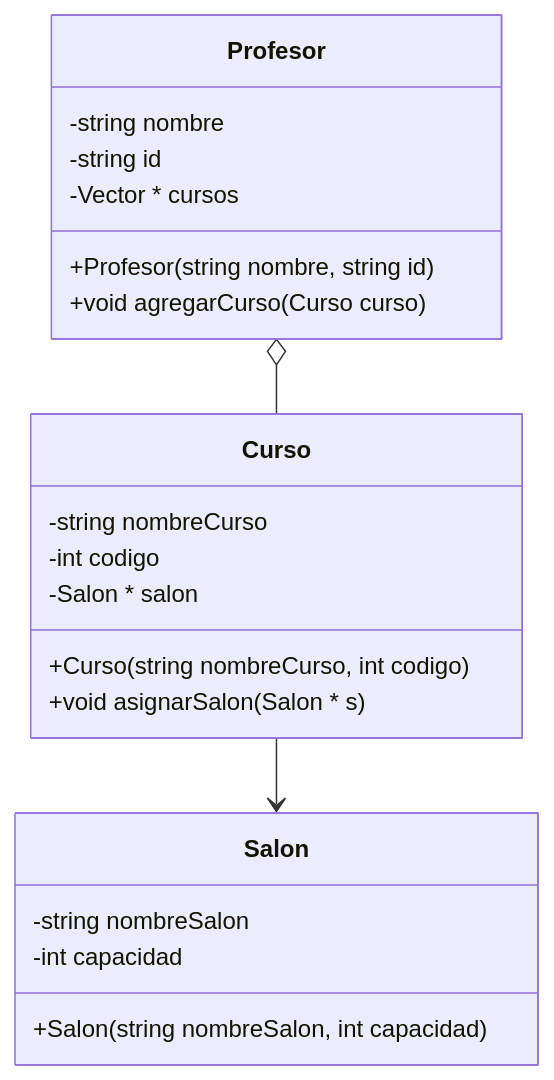
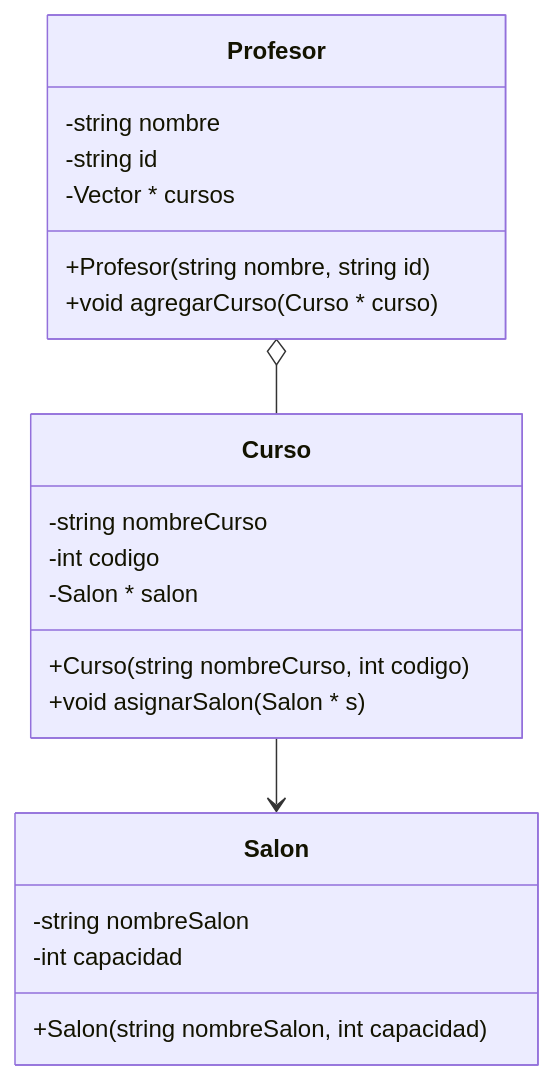
One commit to lufe089/POOEjemploCurso changed the diagram in README.md. Above: the diagram before and after it, drawn with Mermaid.

Commit message:
Update agregarCurso method to accept Curso pointer

````diff
--- a/README.md
+++ b/README.md
@@ -7,28 +7,28 @@
 ```mermaid
 classDiagram
     class Profesor {
         -string nombre
         -string id
         -Vector * cursos
         +Profesor(string nombre, string id)
-        +void agregarCurso(Curso curso)
+        +void agregarCurso(Curso * curso)
     }
 
     class Curso {
         -string nombreCurso
         -int codigo
         -Salon * salon
         +Curso(string nombreCurso, int codigo)
         +void asignarSalon(Salon * s)
     }
 
     class Salon {
         -string nombreSalon
         -int capacidad
 
         +Salon(string nombreSalon, int capacidad)
     }
 
     Profesor o-- Curso 
     Curso --> Salon 
 ```
````
